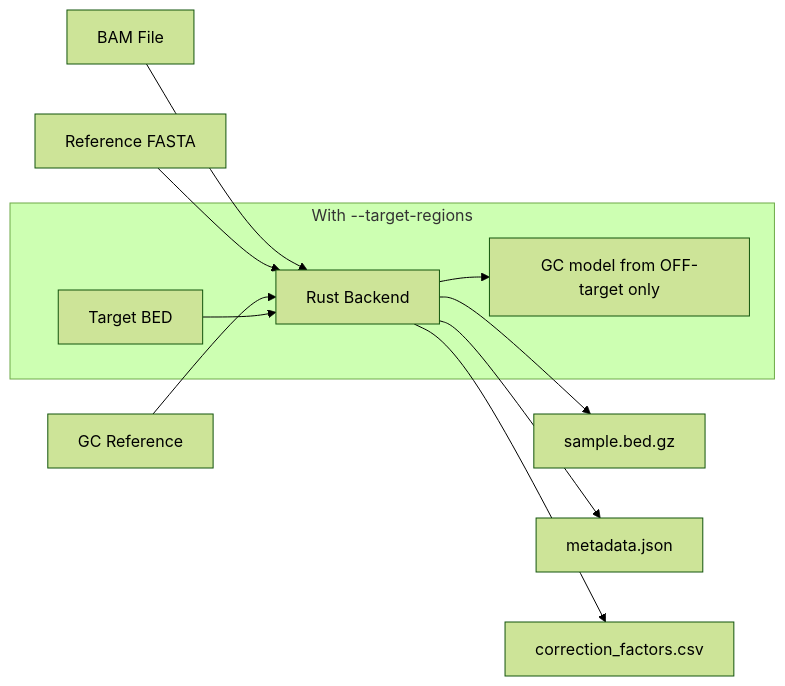
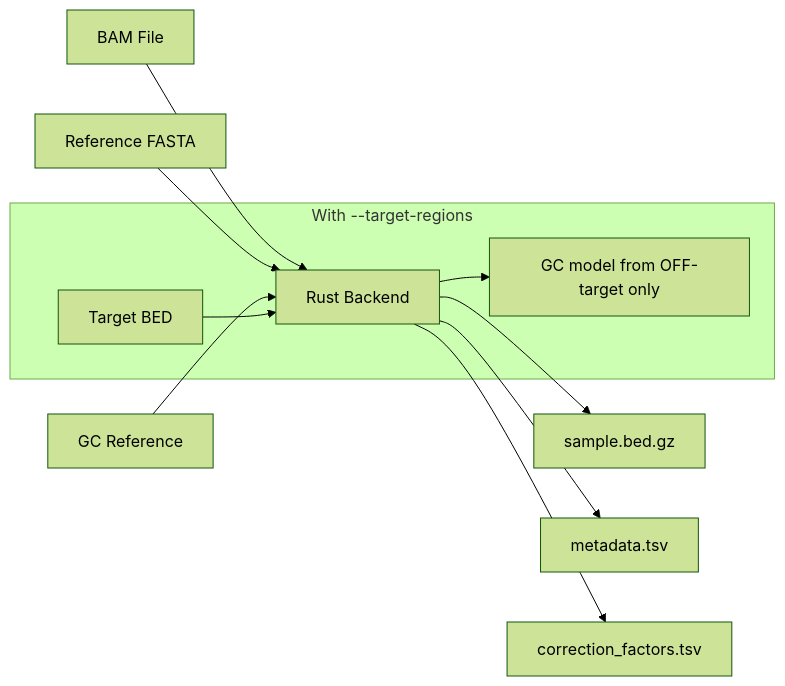
Before and after one commit to msk-access/krewlyzer: the fourth of 35 diagrams in krewlyzer_all_docs.md, drawn with Mermaid (forest theme). The commit also changed other lines of this file and 4 other files, not shown here.

````diff
--- a/krewlyzer_all_docs.md
+++ b/krewlyzer_all_docs.md
@@ -1089,15 +1420,15 @@
 ```mermaid
 flowchart LR
     BAM[BAM File] --> RUST[Rust Backend]
     REF[Reference FASTA] --> RUST
     GC_REF[GC Reference] --> RUST
     
     RUST --> BED["sample.bed.gz"]
-    RUST --> META["metadata.json"]
-    RUST --> FACTORS["correction_factors.csv"]
+    RUST --> META["metadata.tsv"]
+    RUST --> FACTORS["correction_factors.tsv"]
     
     subgraph "With --target-regions"
         TARGETS[Target BED] --> RUST
         RUST --> GC_OFF["GC model from OFF-target only"]
     end
 ```
````
